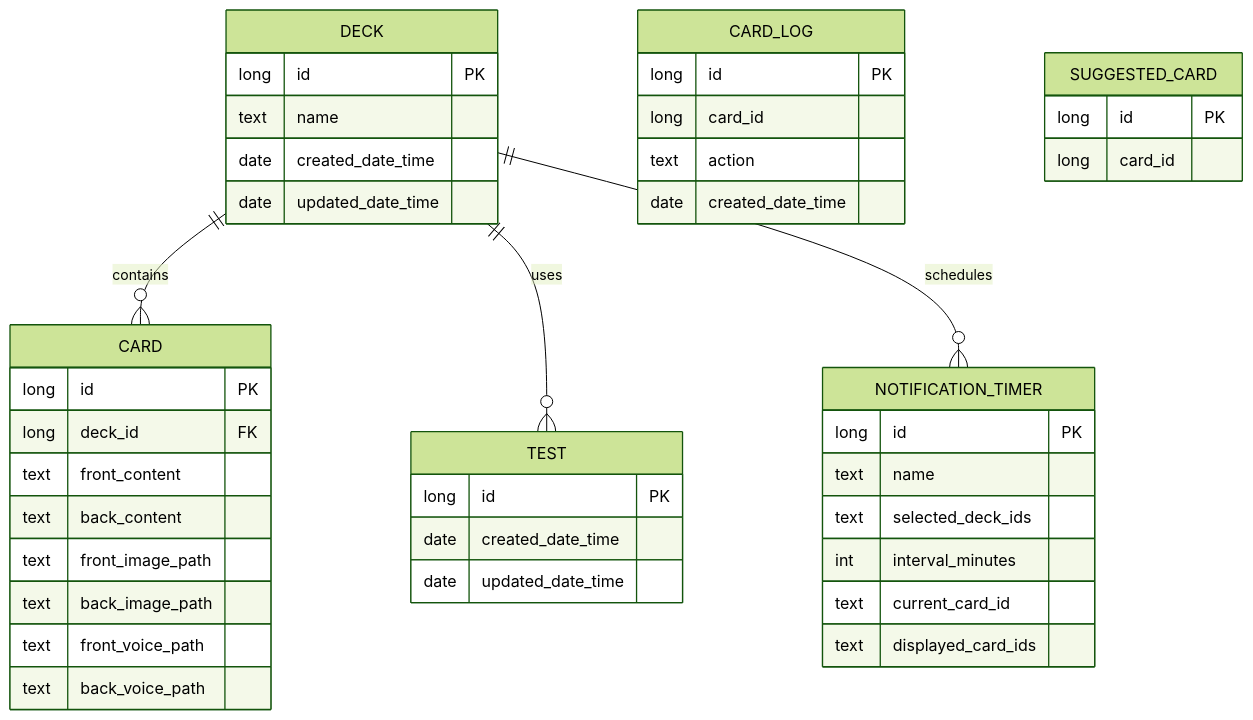
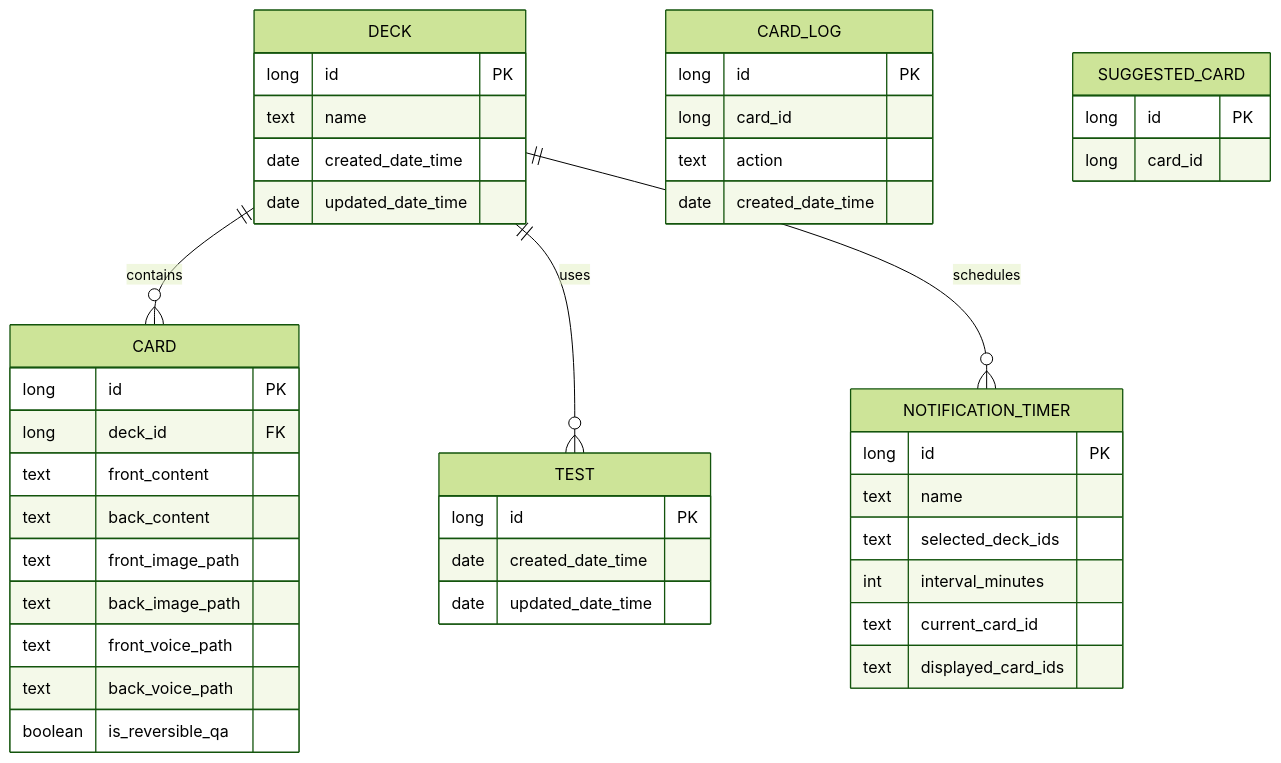
Before and after one commit to rh-id/a-flash-deck: the fifth of 7 diagrams in README.md, drawn with Mermaid (forest theme). The commit also changed other lines of this file, not shown here.

````diff
--- a/README.md
+++ b/README.md
@@ -276,51 +276,52 @@
 ```mermaid
 erDiagram
     DECK ||--o{ CARD : contains
     DECK ||--o{ TEST : uses
     DECK ||--o{ NOTIFICATION_TIMER : schedules
 
     CARD {
         long id PK
         long deck_id FK
         text front_content
         text back_content
         text front_image_path
         text back_image_path
         text front_voice_path
         text back_voice_path
+        boolean is_reversible_qa
     }
 
     DECK {
         long id PK
         text name
         date created_date_time
         date updated_date_time
     }
 
     TEST {
         long id PK
         date created_date_time
         date updated_date_time
     }
 
     NOTIFICATION_TIMER {
         long id PK
         text name
         text selected_deck_ids
         int interval_minutes
         text current_card_id
         text displayed_card_ids
     }
 
     CARD_LOG {
         long id PK
         long card_id
         text action
         date created_date_time
     }
 
     SUGGESTED_CARD {
         long id PK
         long card_id
     }
 ```
````
